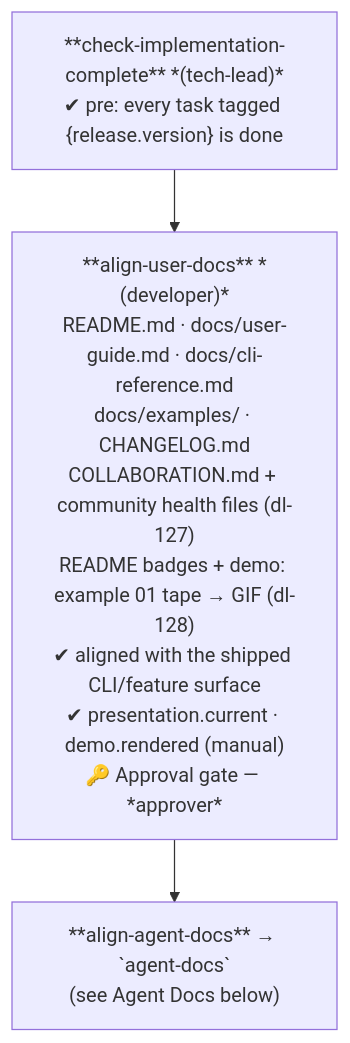
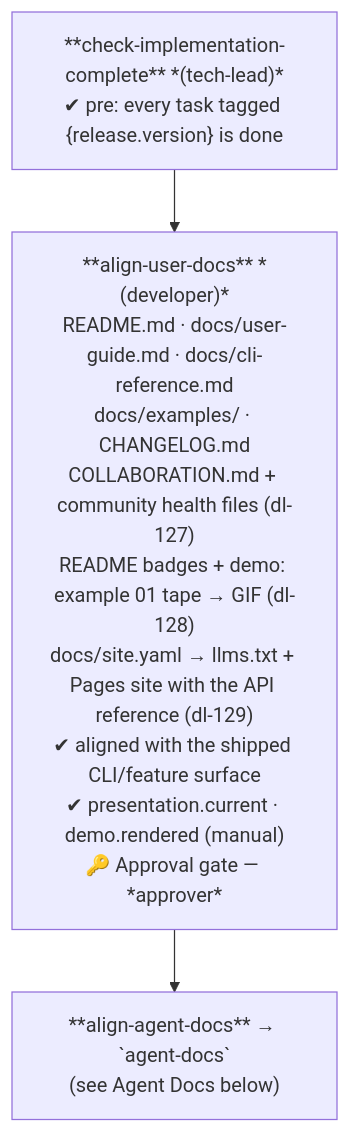
Before and after one commit to wingfoil/wingfoil: diagram 12 of 29 in .wingfoil/WORKFLOW.md, drawn with Mermaid. The commit also changed 8 other files, not shown here.

First line of the commit message:
feat(docs): task-234 — documentation site on GitHub Pages with the API reference and an llms.txt index (dl-129)

````diff
--- a/.wingfoil/WORKFLOW.md
+++ b/.wingfoil/WORKFLOW.md
@@ -344,8 +344,8 @@
 ```mermaid
 flowchart TD
     CI["**check-implementation-complete** *(tech-lead)*\n✔ pre: every task tagged {release.version} is done"]
-    AU["**align-user-docs** *(developer)*\nREADME.md · docs/user-guide.md · docs/cli-reference.md\ndocs/examples/ · CHANGELOG.md\nCOLLABORATION.md + community health files (dl-127)\nREADME badges + demo: example 01 tape → GIF (dl-128)\n✔ aligned with the shipped CLI/feature surface\n✔ presentation.current · demo.rendered (manual)\n🔑 Approval gate — *approver*"]
+    AU["**align-user-docs** *(developer)*\nREADME.md · docs/user-guide.md · docs/cli-reference.md\ndocs/examples/ · CHANGELOG.md\nCOLLABORATION.md + community health files (dl-127)\nREADME badges + demo: example 01 tape → GIF (dl-128)\ndocs/site.yaml → llms.txt + Pages site with the API reference (dl-129)\n✔ aligned with the shipped CLI/feature surface\n✔ presentation.current · demo.rendered (manual)\n🔑 Approval gate — *approver*"]
     AA["**align-agent-docs** → `agent-docs`\n(see Agent Docs below)"]
 
     CI --> AU --> AA
 ```
````
